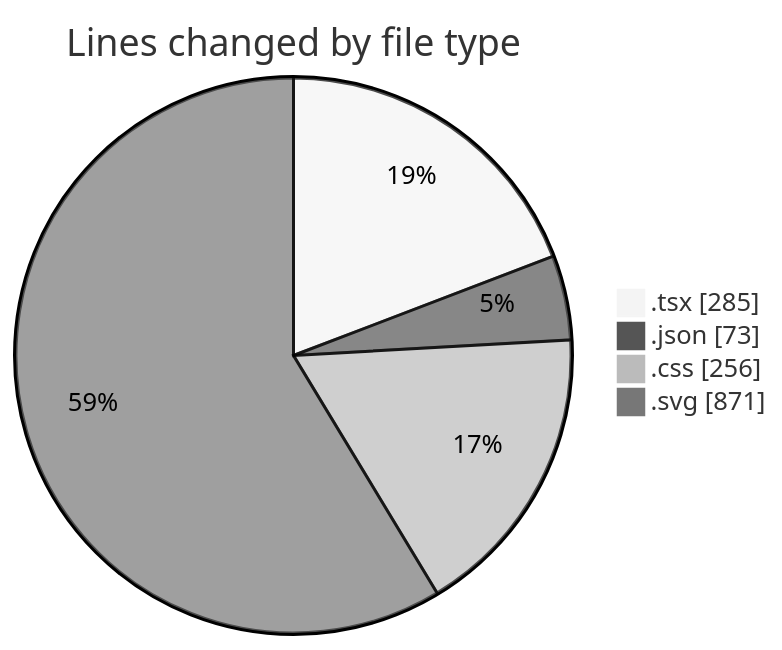
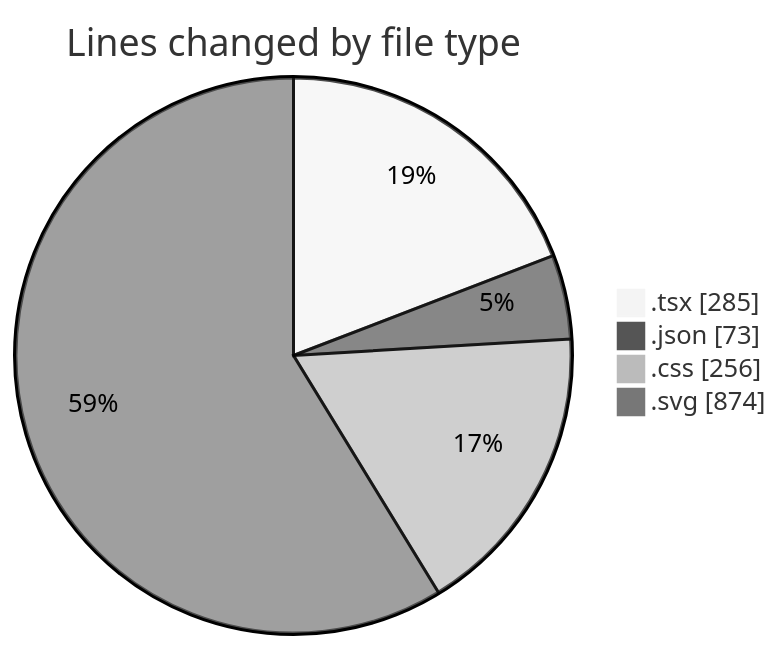
The first of 2 diagrams in 2025-08-05/tw-server/README.md (EIIisD/code-tracking), drawn with Mermaid (neutral theme) before and after one commit. The commit also changed other lines of this file and 1 other file, not shown here.

````diff
--- a/2025-08-05/tw-server/README.md
+++ b/2025-08-05/tw-server/README.md
@@ -30,8 +30,8 @@
 ```mermaid
 pie showData
 title Lines changed by file type
 ".tsx" : 285
 ".json" : 73
 ".css" : 256
-".svg" : 871
+".svg" : 874
 ```
````
